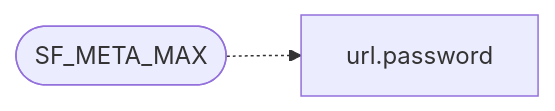
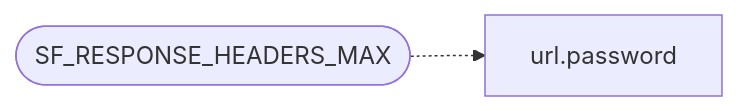
The second of 2 diagrams in readmenator-apidocs/modules/include.secure_fetch.h.md (grisuno/FreeDom), drawn with Mermaid before and after one commit. The commit also changed other lines of this file and 240 other files, not shown here.

````diff
--- a/readmenator-apidocs/modules/include.secure_fetch.h.md
+++ b/readmenator-apidocs/modules/include.secure_fetch.h.md
@@ -42,6 +43,6 @@
 ```mermaid
 flowchart LR
-    n_include_secure_fetch_h__SF_META_MAX(["SF_META_MAX"])
+    n_include_secure_fetch_h__SF_RESPONSE_HEADERS_MAX(["SF_RESPONSE_HEADERS_MAX"])
     n_include_url_h__password["url.password"]
-    n_include_secure_fetch_h__SF_META_MAX -.-> n_include_url_h__password
+    n_include_secure_fetch_h__SF_RESPONSE_HEADERS_MAX -.-> n_include_url_h__password
 ```
````
